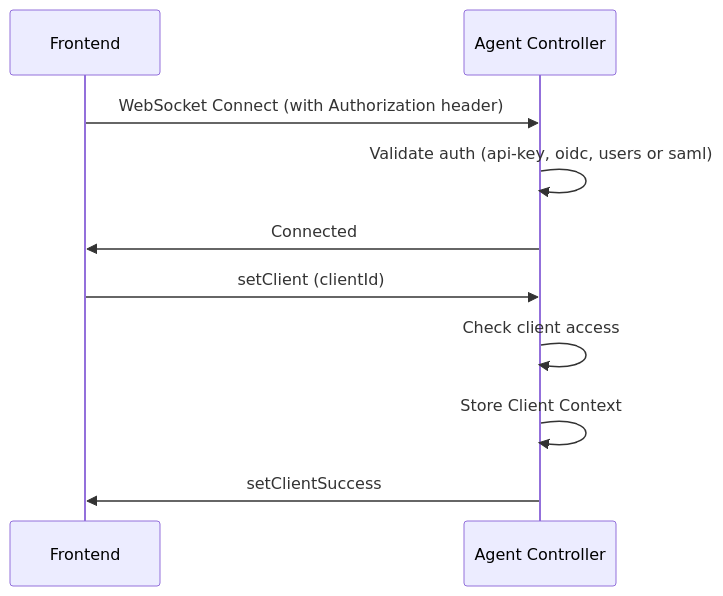
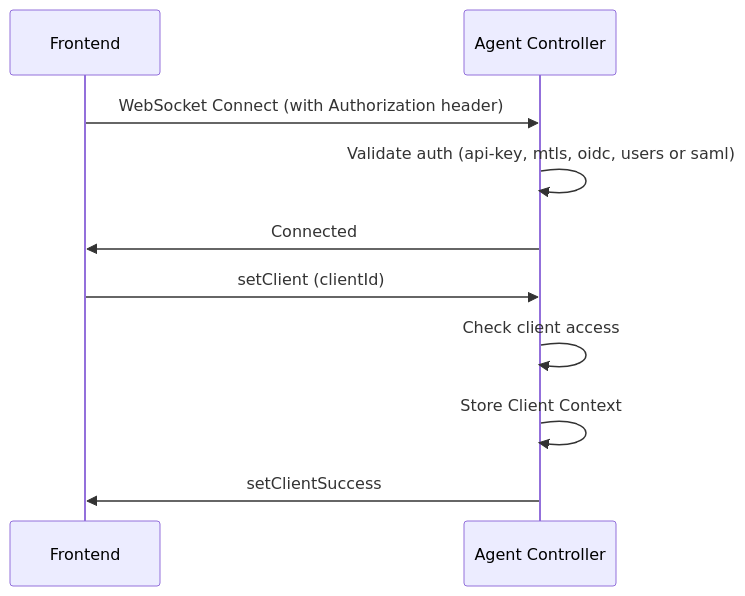
The first of 4 diagrams in docs/agenstra/features/websocket-communication.md (forepath/one), drawn with Mermaid before and after one commit. The commit also changed other lines of this file and 138 other files, not shown here.

First line of the commit message:
feat(shared): mtls api authentication (#725)

````diff
--- a/docs/agenstra/features/websocket-communication.md
+++ b/docs/agenstra/features/websocket-communication.md
@@ -46,13 +47,13 @@
 ```mermaid
 sequenceDiagram
     participant F as Frontend
     participant AC as Agent Controller
 
     F->>AC: WebSocket Connect (with Authorization header)
-    AC->>AC: Validate auth (api-key, oidc, users or saml)
+    AC->>AC: Validate auth (api-key, mtls, oidc, users or saml)
     AC->>F: Connected
     F->>AC: setClient (clientId)
     AC->>AC: Check client access
     AC->>AC: Store Client Context
     AC->>F: setClientSuccess
 ```
````
